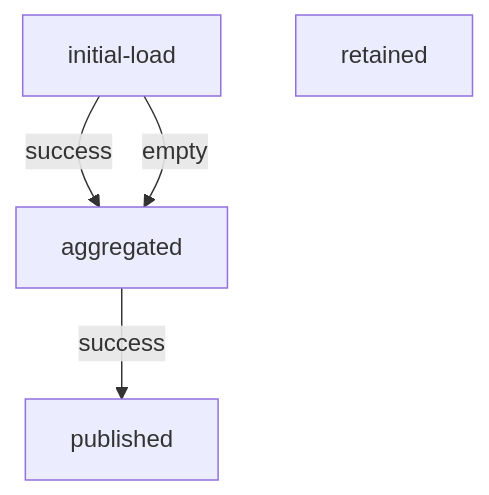
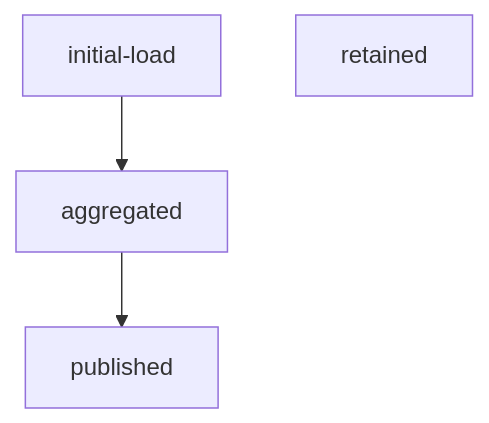
One commit to sqsqsq/agent-maison changed the fourth of 5 diagrams in docs/operations/samples/blueprint-review-projection.valid.md. Above: the diagram before and after it, drawn with Mermaid. The commit also changed other lines of this file and 16 other files, not shown here.

Commit message:
fix: complete blueprint review rendering and sequence diagrams

````diff
--- a/docs/operations/samples/blueprint-review-projection.valid.md
+++ b/docs/operations/samples/blueprint-review-projection.valid.md
@@ -544,10 +582,9 @@
 ```mermaid
 flowchart TD
   p1["initial-load"]
   p2["aggregated"]
   p3["published"]
   p4["retained"]
-  p1 -->|success| p2
-  p2 -->|success| p3
-  p1 -->|empty| p2
+  p1 --> p2
+  p2 --> p3
 ```
````
